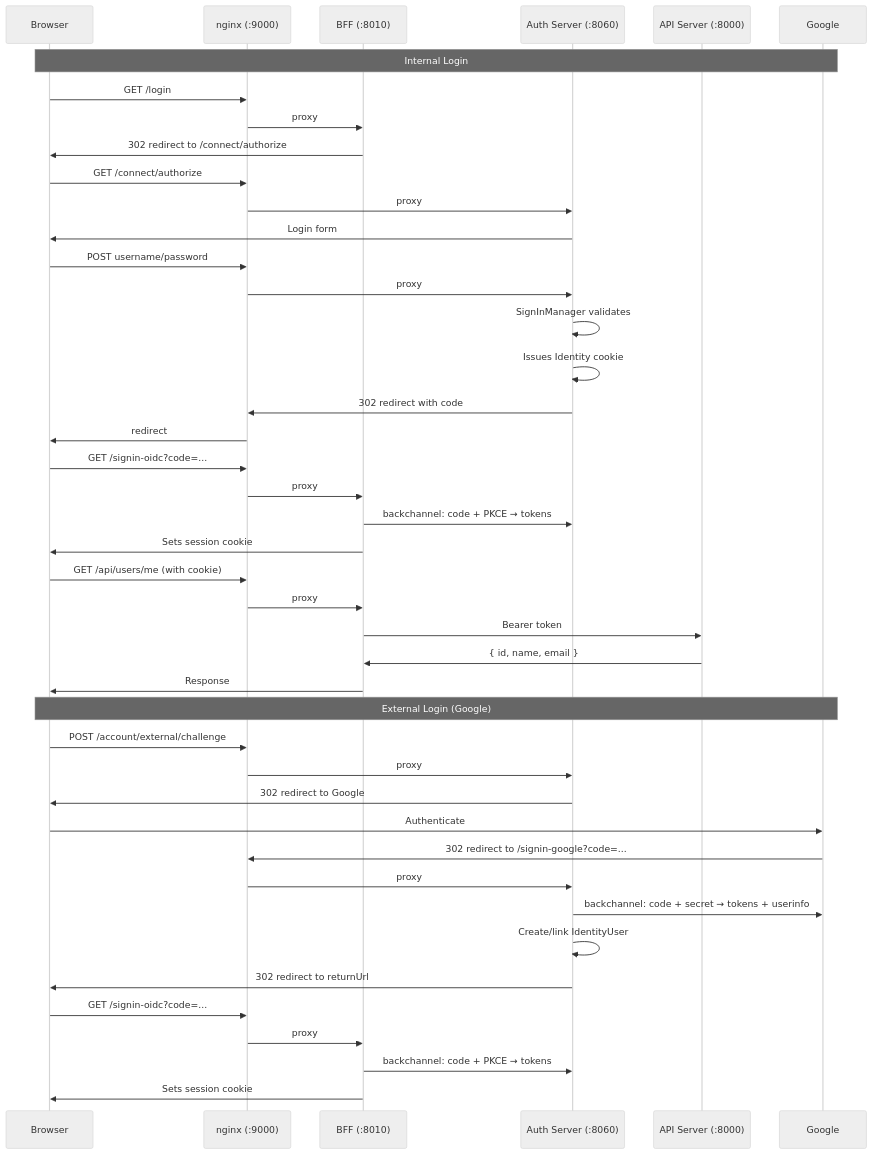
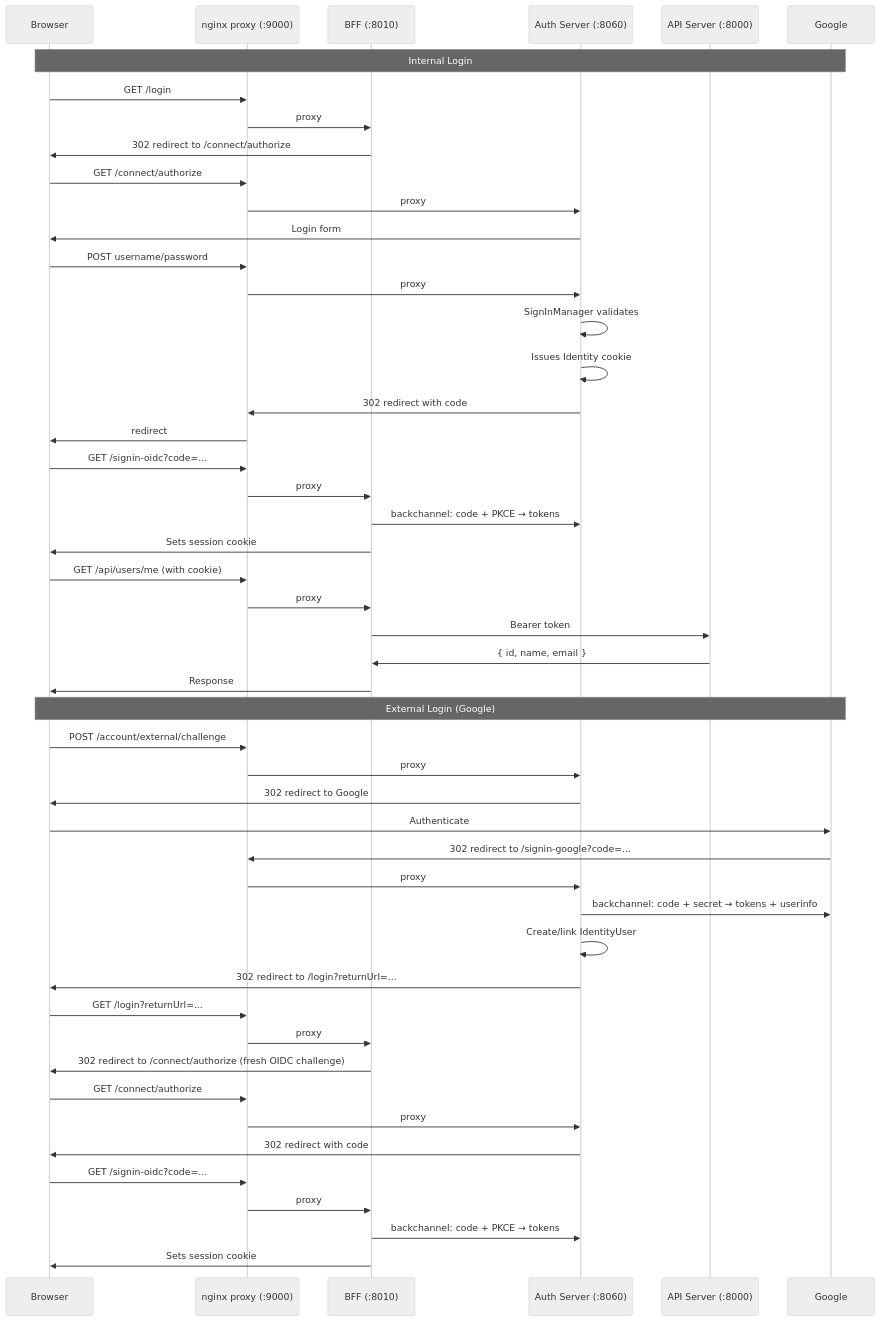
Before and after one commit to CherryTreeGee811/Promise-Model-Online: the third of 3 diagrams in README.md, drawn with Mermaid (neutral theme). The commit also changed other lines of this file and 7 other files, not shown here.

First line of the commit message:
Fix client lint and typecheck errors; gitignore secret archives; refresh README architecture docs

````diff
--- a/README.md
+++ b/README.md
@@ -59,47 +103,53 @@
 ```mermaid
 sequenceDiagram
     participant User as Browser
-    participant Nginx as nginx (:9000)
+    participant Nginx as nginx proxy (:9000)
     participant BFF as BFF (:8010)
     participant Auth as Auth Server (:8060)
     participant API as API Server (:8000)
     participant Google as Google
 
     Note over User,Google: Internal Login
     User->>Nginx: GET /login
     Nginx->>BFF: proxy
     BFF->>User: 302 redirect to /connect/authorize
     User->>Nginx: GET /connect/authorize
     Nginx->>Auth: proxy
     Auth->>User: Login form
     User->>Nginx: POST username/password
     Nginx->>Auth: proxy
     Auth->>Auth: SignInManager validates
     Auth->>Auth: Issues Identity cookie
     Auth->>Nginx: 302 redirect with code
     Nginx->>User: redirect
     User->>Nginx: GET /signin-oidc?code=...
     Nginx->>BFF: proxy
     BFF->>Auth: backchannel: code + PKCE → tokens
     BFF->>User: Sets session cookie
     User->>Nginx: GET /api/users/me (with cookie)
     Nginx->>BFF: proxy
     BFF->>API: Bearer token
     API->>BFF: { id, name, email }
     BFF->>User: Response
 
     Note over User,Google: External Login (Google)
     User->>Nginx: POST /account/external/challenge
     Nginx->>Auth: proxy
     Auth->>User: 302 redirect to Google
     User->>Google: Authenticate
     Google->>Nginx: 302 redirect to /signin-google?code=...
     Nginx->>Auth: proxy
     Auth->>Google: backchannel: code + secret → tokens + userinfo
     Auth->>Auth: Create/link IdentityUser
-    Auth->>User: 302 redirect to returnUrl
+    Auth->>User: 302 redirect to /login?returnUrl=...
+    User->>Nginx: GET /login?returnUrl=...
+    Nginx->>BFF: proxy
+    BFF->>User: 302 redirect to /connect/authorize (fresh OIDC challenge)
+    User->>Nginx: GET /connect/authorize
+    Nginx->>Auth: proxy
+    Auth->>User: 302 redirect with code
     User->>Nginx: GET /signin-oidc?code=...
     Nginx->>BFF: proxy
     BFF->>Auth: backchannel: code + PKCE → tokens
     BFF->>User: Sets session cookie
 ```
````
